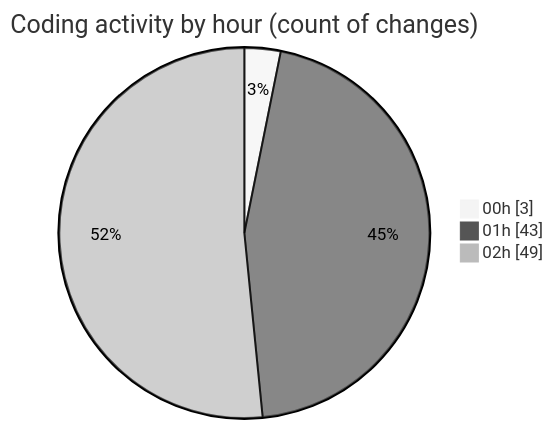
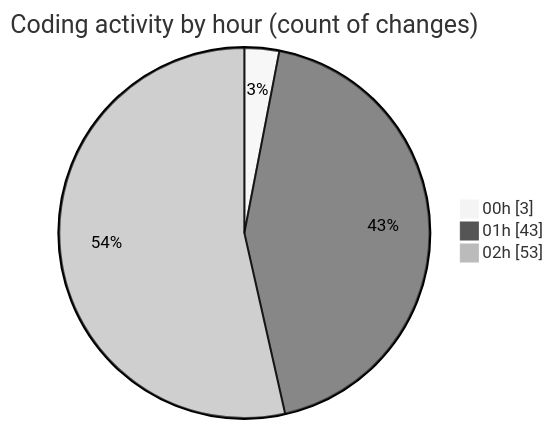
One commit to mevix1/code-tracking changed the second of 2 diagrams in 2025-10-02/oura-api/README.md. Above: the diagram before and after it, drawn with Mermaid (neutral theme). The commit also changed other lines of this file and 1 other file, not shown here.

````diff
--- a/2025-10-02/oura-api/README.md
+++ b/2025-10-02/oura-api/README.md
@@ -98,7 +98,7 @@
 ```mermaid
 pie showData
 title Coding activity by hour (count of changes)
 "00h" : 3
 "01h" : 43
-"02h" : 49
+"02h" : 53
 ```
````
